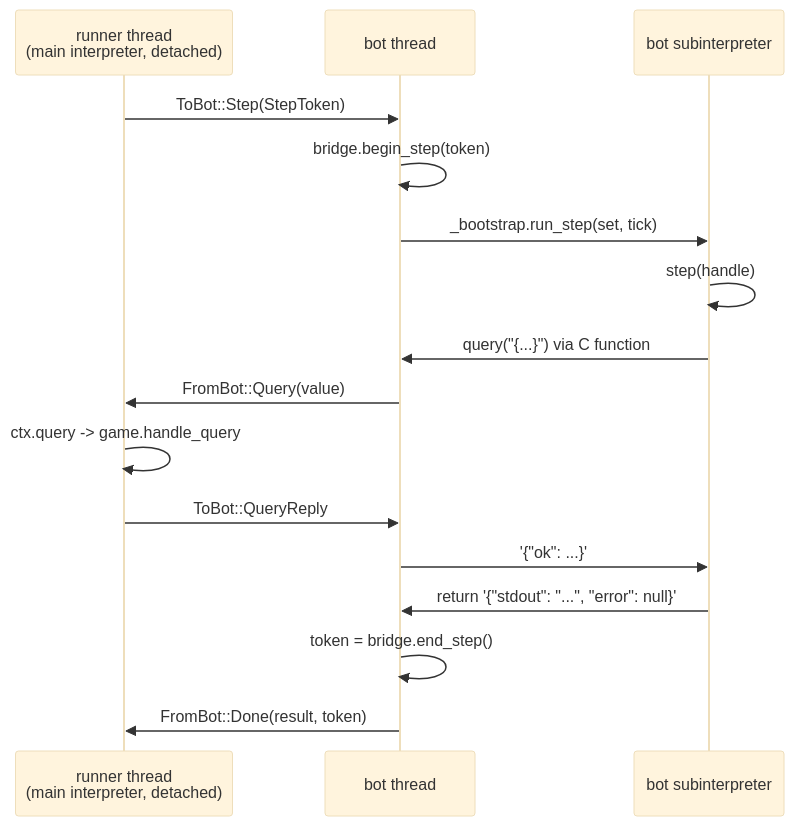
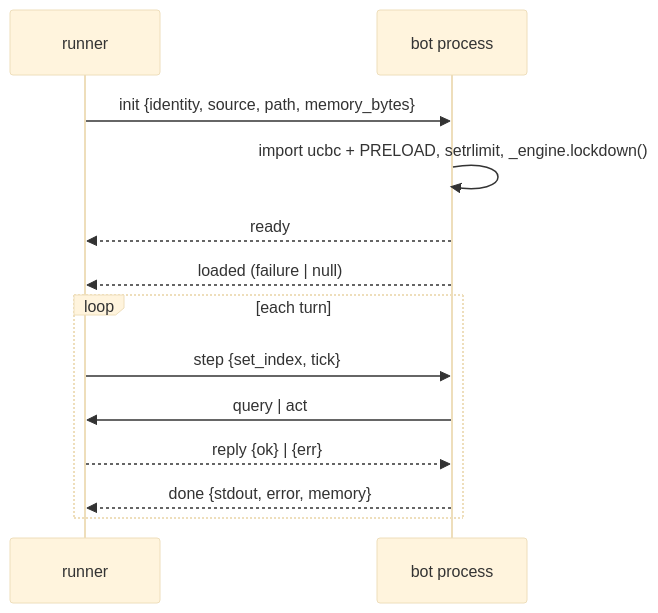
One commit to aheschl1/ucalgarybc2027 changed the fourth of 4 diagrams in docs/engine.md. Above: the diagram before and after it, drawn with Mermaid (base theme). The commit also changed other lines of this file and 12 other files, not shown here.

````diff
--- a/docs/engine.md
+++ b/docs/engine.md
@@ -143,19 +145,15 @@
 ```mermaid
 sequenceDiagram
-    participant R as runner thread<br/>(main interpreter, detached)
-    participant T as bot thread
-    participant I as bot subinterpreter
-
-    R->>T: ToBot::Step(StepToken)
-    T->>T: bridge.begin_step(token)
-    T->>I: _bootstrap.run_step(set, tick)
-    I->>I: step(handle)
-    I->>T: query("{...}")  via C function
-    T->>R: FromBot::Query(value)
-    R->>R: ctx.query -> game.handle_query
-    R->>T: ToBot::QueryReply
-    T->>I: '{"ok": ...}'
-    I->>T: return '{"stdout": "...", "error": null}'
-    T->>T: token = bridge.end_step()
-    T->>R: FromBot::Done(result, token)
+    participant R as runner
+    participant B as bot process
+    R->>B: init {identity, source, path, memory_bytes}
+    B->>B: import ucbc + PRELOAD, setrlimit, _engine.lockdown()
+    B-->>R: ready
+    B-->>R: loaded (failure | null)
+    loop each turn
+        R->>B: step {set_index, tick}
+        B->>R: query | act
+        R-->>B: reply {ok} | {err}
+        B-->>R: done {stdout, error, memory}
+    end
 ```
````
